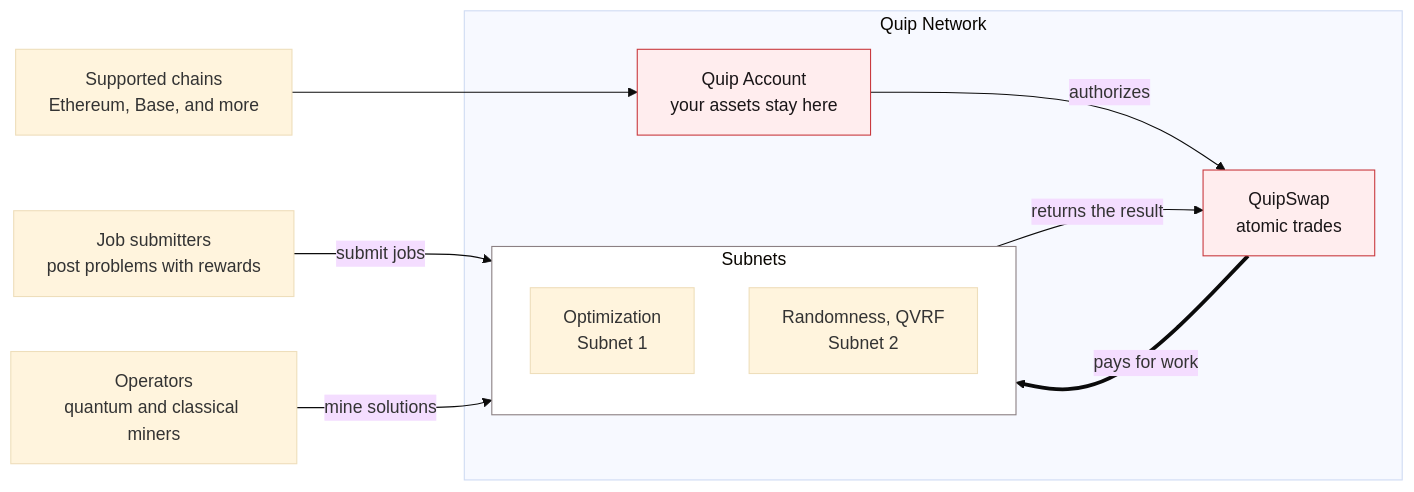
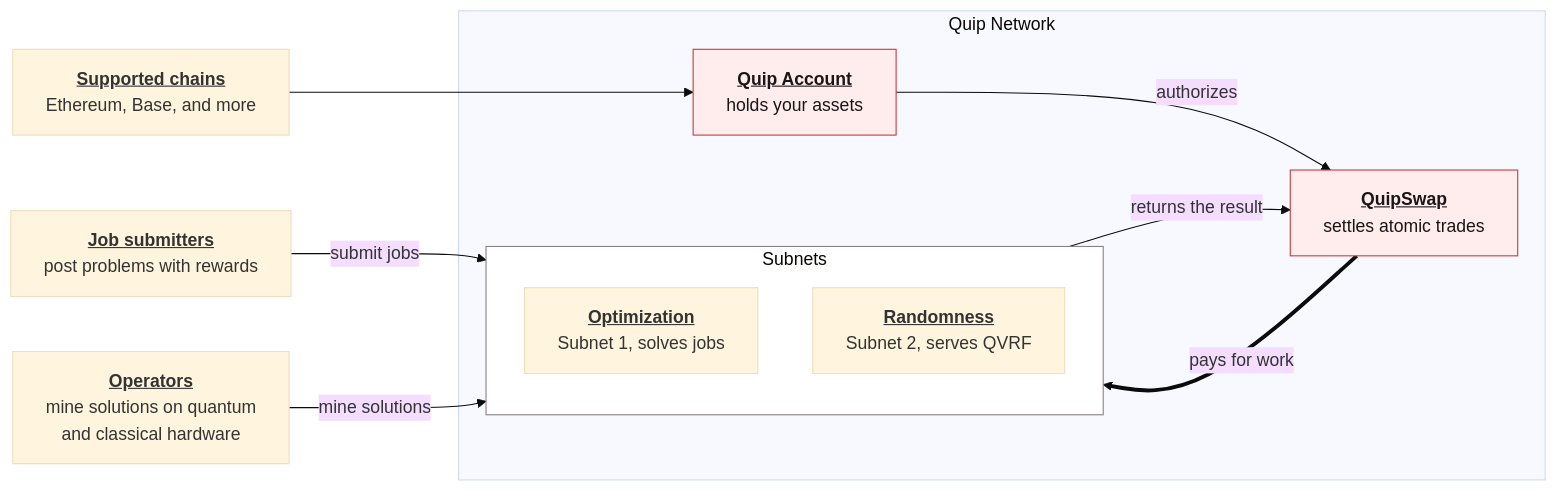
One commit to QuipNetwork/developers.quip.network changed the first of 2 diagrams in docs/interlock/how-quip-fits-together.md. Above: the diagram before and after it, drawn with Mermaid (base theme). The commit also changed other lines of this file and 4 other files, not shown here.

First line of the commit message:
docs: label grammar system in diagram, ban narration and intrigue patterns

````diff
--- a/docs/interlock/how-quip-fits-together.md
+++ b/docs/interlock/how-quip-fits-together.md
@@ -25,23 +25,23 @@
 ```mermaid
 flowchart LR
-    SC["Supported chains<br/>Ethereum, Base, and more"]
-    JS["Job submitters<br/>post problems with rewards"]
-    OP["Operators<br/>quantum and classical miners"]
+    SC["<b><u>Supported chains</u></b><br/>Ethereum, Base, and more"]
+    JS["<b><u>Job submitters</u></b><br/>post problems with rewards"]
+    OP["<b><u>Operators</u></b><br/>mine solutions on quantum<br/>and classical hardware"]
     subgraph QN["Quip Network"]
-        A["Quip Account<br/>your assets stay here"]
-        S["QuipSwap<br/>atomic trades"]
+        A["<b><u>Quip Account</u></b><br/>holds your assets"]
+        S["<b><u>QuipSwap</u></b><br/>settles atomic trades"]
         subgraph SUB["Subnets"]
-            OPT["Optimization<br/>Subnet 1"]
-            RND["Randomness, QVRF<br/>Subnet 2"]
+            OPT["<b><u>Optimization</u></b><br/>Subnet 1, solves jobs"]
+            RND["<b><u>Randomness</u></b><br/>Subnet 2, serves QVRF"]
         end
     end
     SC --> A
     A -->|authorizes| S
     S ==>|pays for work| SUB
     SUB -->|returns the result| S
     JS -->|submit jobs| SUB
     OP -->|mine solutions| SUB
     style SUB fill:#FFFFFF,stroke:#8B8083
     classDef quip fill:#FFEDEE,stroke:#C93A3F,color:#1A1618
     class A,S quip
 ```
````
